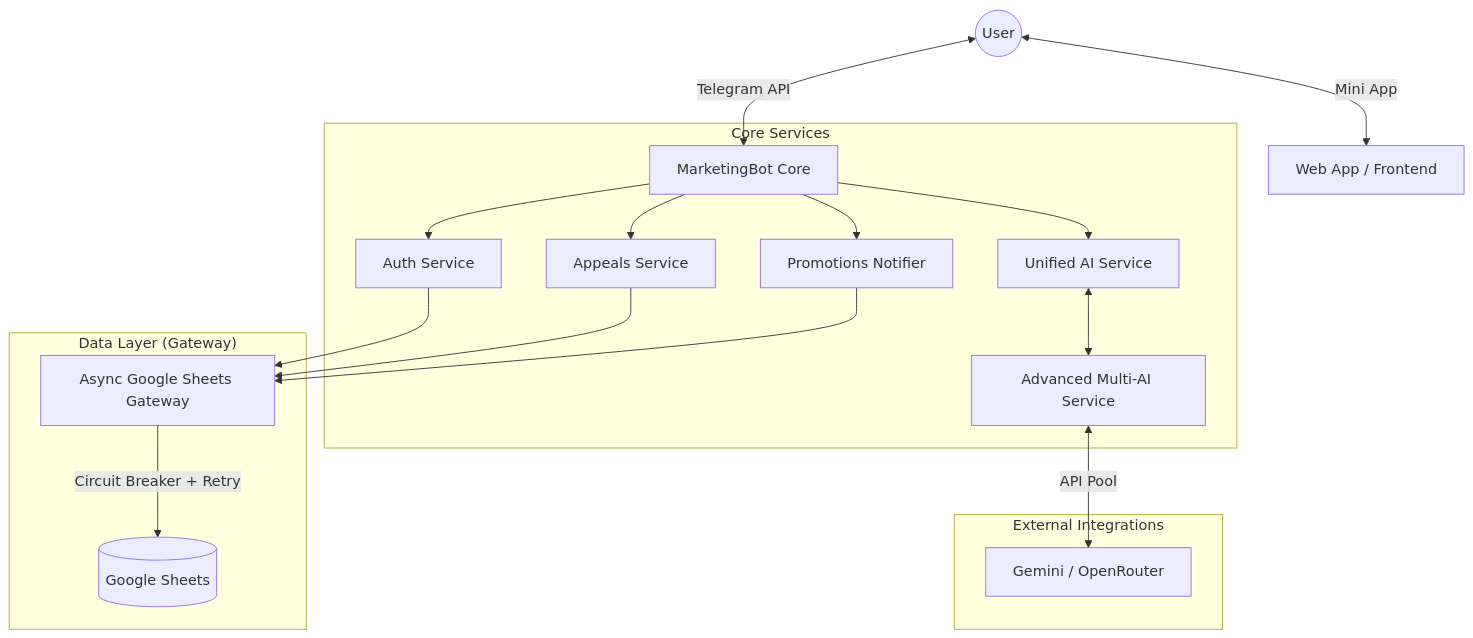
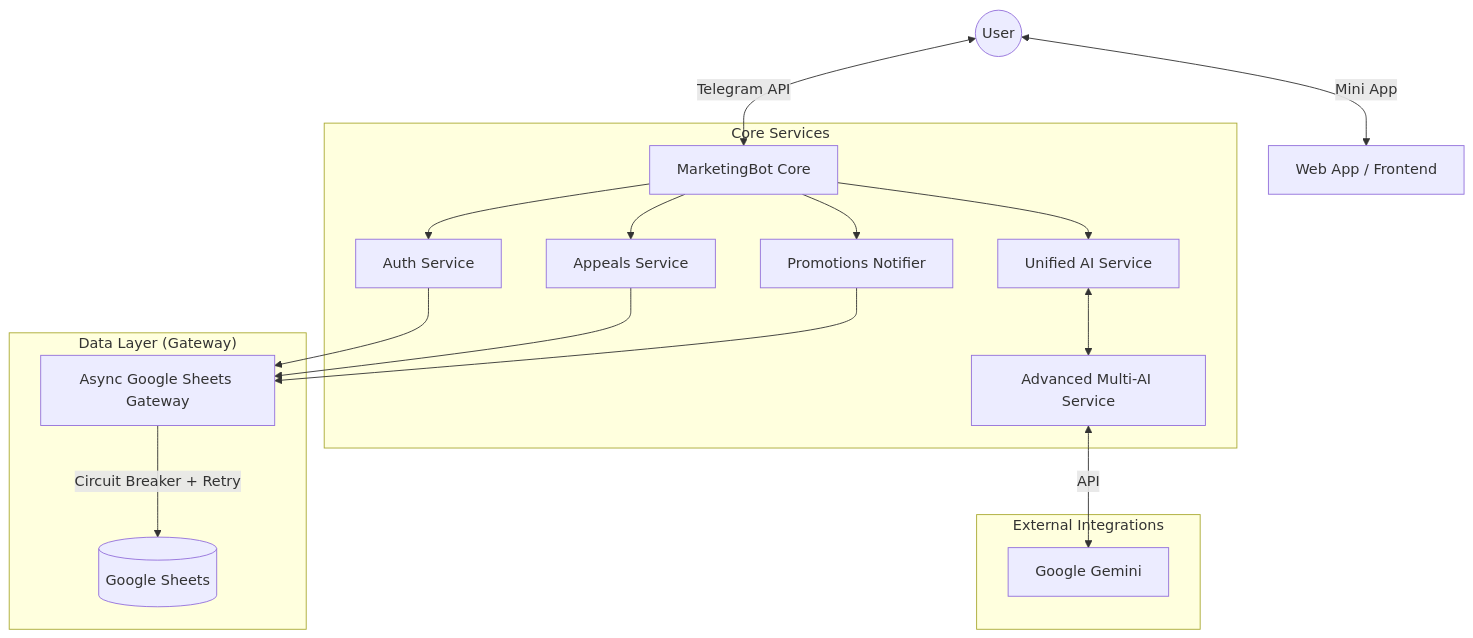
The diagram in docs/TECHNICAL_DOCUMENTATION.md (synthosaicreativestudio-maker/marketing), drawn with Mermaid before and after one commit. The commit also changed other lines of this file and 10 other files, not shown here.

````diff
--- a/docs/TECHNICAL_DOCUMENTATION.md
+++ b/docs/TECHNICAL_DOCUMENTATION.md
@@ -23,24 +23,24 @@
 ```mermaid
 graph TD
     User((User)) <-->|Telegram API| Bot[MarketingBot Core]
     User <-->|Mini App| WebApp[Web App / Frontend]
     
     subgraph "Core Services"
         Bot --> AuthService[Auth Service]
         Bot --> AppealsService[Appeals Service]
         Bot --> AIService[Unified AI Service]
         AIService <--> GeminiService[Advanced Multi-AI Service]
         Bot --> Notifier[Promotions Notifier]
     end
     
     subgraph "Data Layer (Gateway)"
         AuthService --> Gateway[Async Google Sheets Gateway]
         AppealsService --> Gateway
         Notifier --> Gateway
         Gateway -->|Circuit Breaker + Retry| GSheets[(Google Sheets)]
     end
     
     subgraph "External Integrations"
-        GeminiService <-->|API Pool| MultiAI[Gemini / OpenRouter]
+        GeminiService <-->|API| Gemini[Google Gemini]
     end
 ```
````
